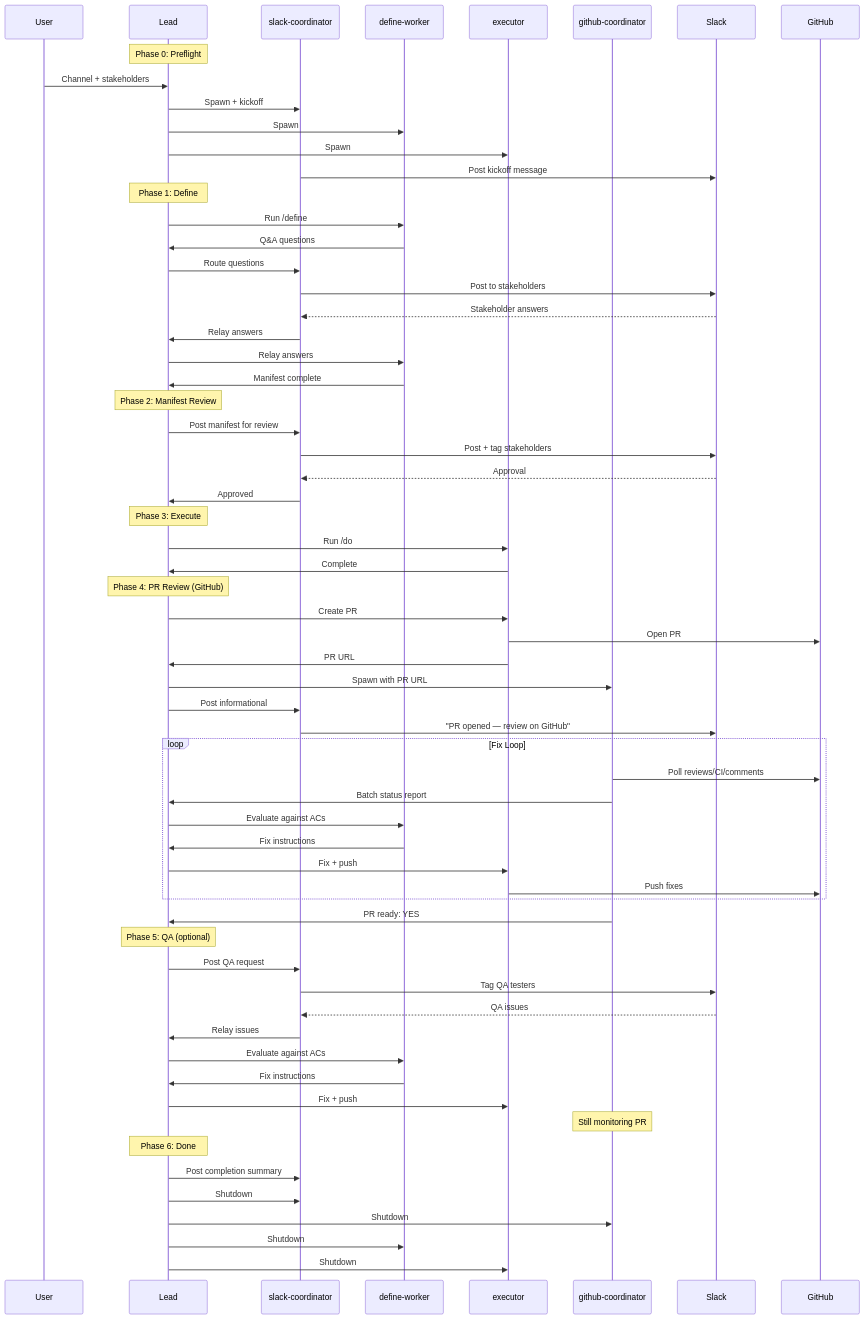
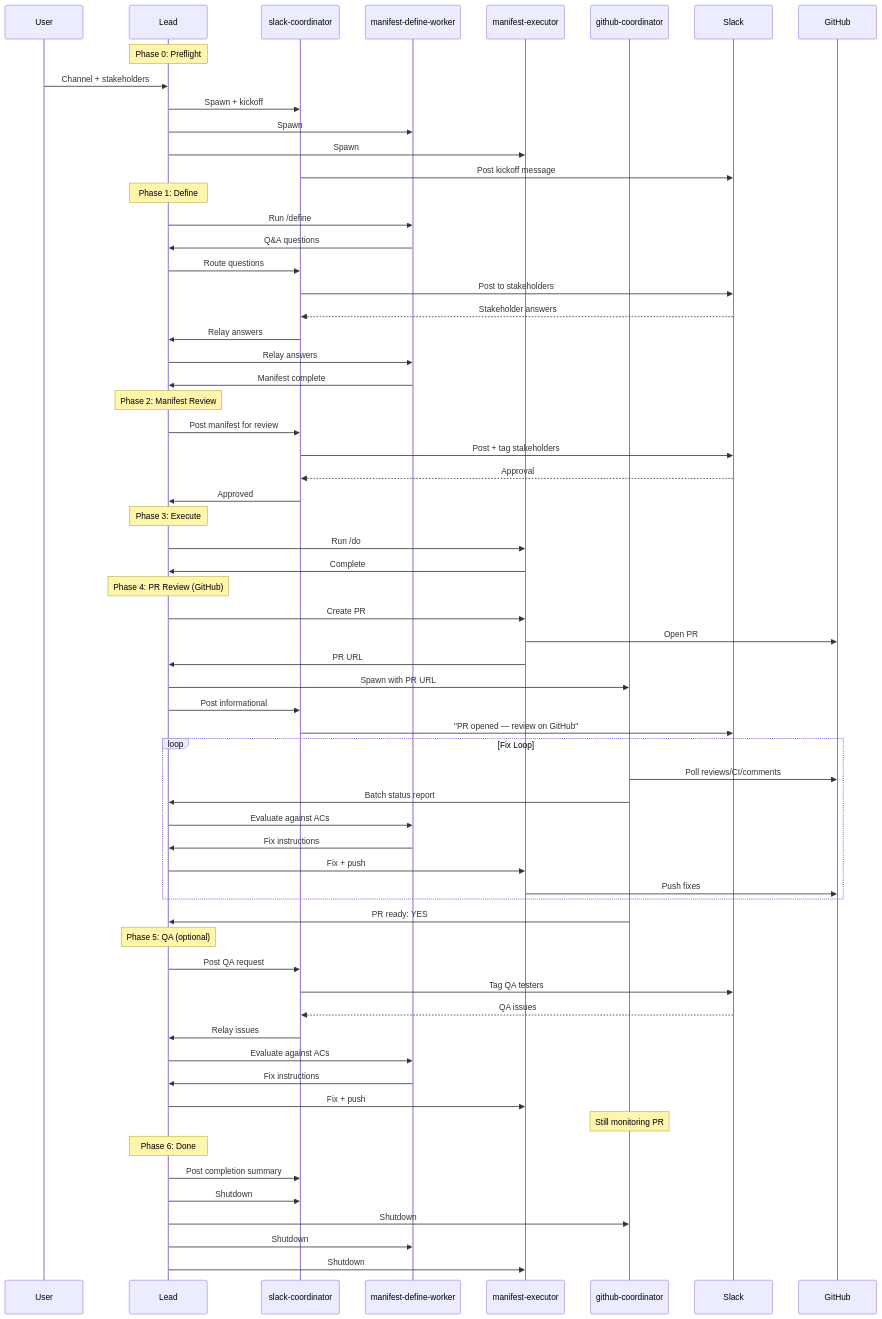
Before and after one commit to furworks/manifest-dev: the second of 2 diagrams in claude-plugins/manifest-dev-collab/README.md, drawn with Mermaid. The commit also changed other lines of this file and 9 other files, not shown here.

````diff
--- a/claude-plugins/manifest-dev-collab/README.md
+++ b/claude-plugins/manifest-dev-collab/README.md
@@ -94,73 +104,73 @@
 ```mermaid
 sequenceDiagram
     participant U as User
     participant L as Lead
     participant SC as slack-coordinator
-    participant DW as define-worker
-    participant EX as executor
+    participant DW as manifest-define-worker
+    participant EX as manifest-executor
     participant GC as github-coordinator
     participant S as Slack
     participant G as GitHub
 
     Note over L: Phase 0: Preflight
     U->>L: Channel + stakeholders
     L->>SC: Spawn + kickoff
     L->>DW: Spawn
     L->>EX: Spawn
     SC->>S: Post kickoff message
 
     Note over L: Phase 1: Define
     L->>DW: Run /define
     DW->>L: Q&A questions
     L->>SC: Route questions
     SC->>S: Post to stakeholders
     S-->>SC: Stakeholder answers
     SC->>L: Relay answers
     L->>DW: Relay answers
     DW->>L: Manifest complete
 
     Note over L: Phase 2: Manifest Review
     L->>SC: Post manifest for review
     SC->>S: Post + tag stakeholders
     S-->>SC: Approval
     SC->>L: Approved
 
     Note over L: Phase 3: Execute
     L->>EX: Run /do
     EX->>L: Complete
 
     Note over L: Phase 4: PR Review (GitHub)
     L->>EX: Create PR
     EX->>G: Open PR
     EX->>L: PR URL
     L->>GC: Spawn with PR URL
     L->>SC: Post informational
     SC->>S: "PR opened — review on GitHub"
 
     loop Fix Loop
         GC->>G: Poll reviews/CI/comments
         GC->>L: Batch status report
         L->>DW: Evaluate against ACs
         DW->>L: Fix instructions
         L->>EX: Fix + push
         EX->>G: Push fixes
     end
     GC->>L: PR ready: YES
 
     Note over L: Phase 5: QA (optional)
     L->>SC: Post QA request
     SC->>S: Tag QA testers
     S-->>SC: QA issues
     SC->>L: Relay issues
     L->>DW: Evaluate against ACs
     DW->>L: Fix instructions
     L->>EX: Fix + push
     Note over GC: Still monitoring PR
 
     Note over L: Phase 6: Done
     L->>SC: Post completion summary
     L->>SC: Shutdown
     L->>GC: Shutdown
     L->>DW: Shutdown
     L->>EX: Shutdown
 ```
````
